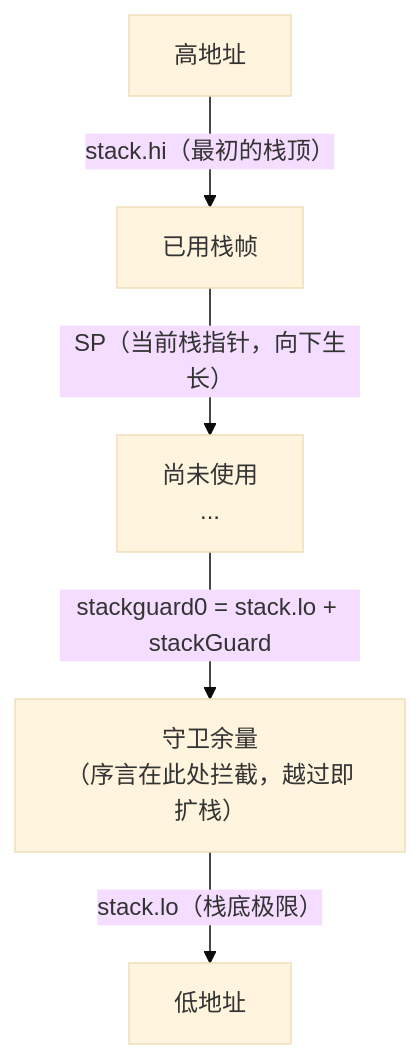
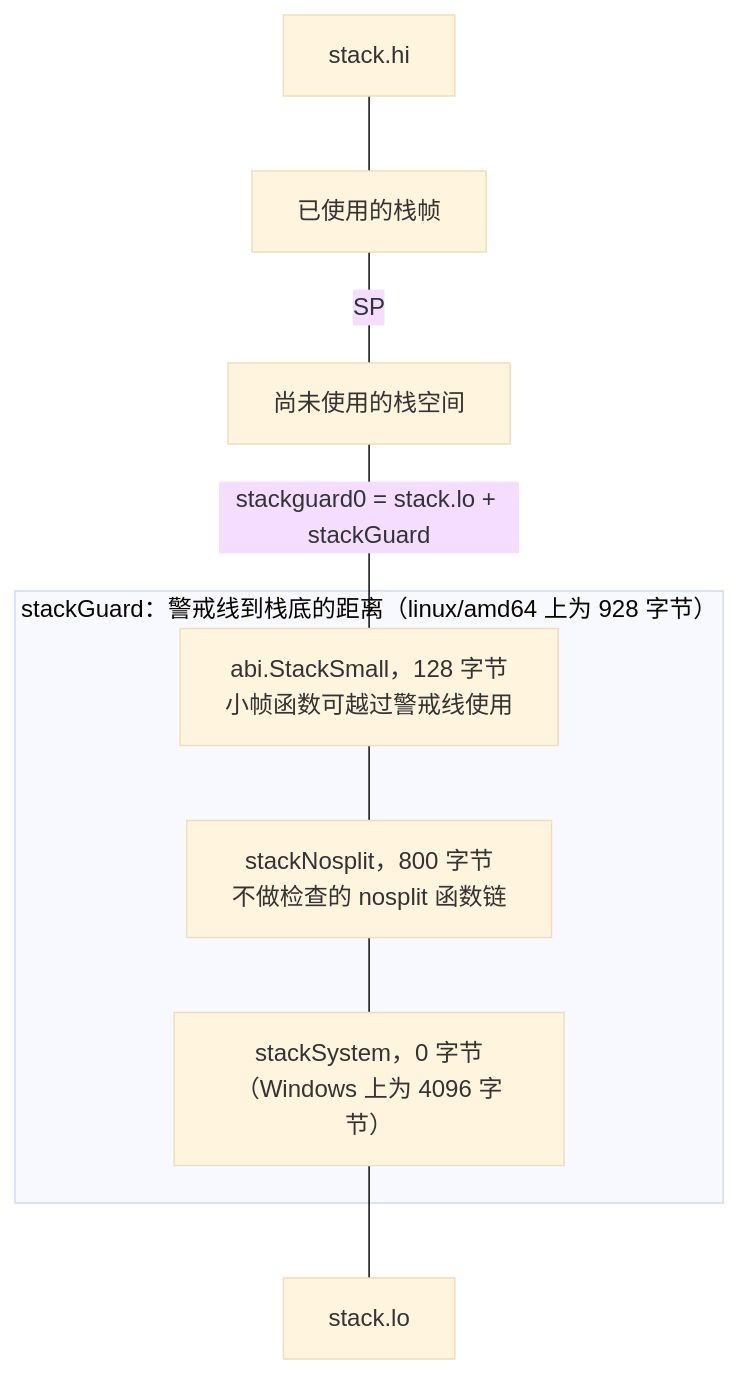
Before and after one commit to golang-design/under-the-hood: the diagram in book/zh-cn/part4memory/ch14stack/design.md, drawn with Mermaid (base theme). The commit also changed other lines of this file and 5 other files, not shown here.

````diff
--- a/book/zh-cn/part4memory/ch14stack/design.md
+++ b/book/zh-cn/part4memory/ch14stack/design.md
@@ -151,13 +137,16 @@
 ```mermaid
-flowchart TD
-    hi["高地址"]
-    used["已用栈帧"]
-    free["尚未使用<br/>..."]
-    margin["守卫余量<br/>（序言在此处拦截，越过即扩栈）"]
-    lo["低地址"]
-
-    hi -- "stack.hi（最初的栈顶）" --> used
-    used -- "SP（当前栈指针，向下生长）" --> free
-    free -- "stackguard0 = stack.lo + stackGuard" --> margin
-    margin -- "stack.lo（栈底极限）" --> lo
+flowchart TB
+    hi["stack.hi"]
+    used["已使用的栈帧"]
+    free["尚未使用的栈空间"]
+    subgraph guard["stackGuard：警戒线到栈底的距离（linux/amd64 上为 928 字节）"]
+        small["abi.StackSmall，128 字节<br/>小帧函数可越过警戒线使用"]
+        nosplit["stackNosplit，800 字节<br/>不做检查的 nosplit 函数链"]
+        sys["stackSystem，0 字节<br/>（Windows 上为 4096 字节）"]
+    end
+    lo["stack.lo"]
+    hi --- used
+    used -- "SP" --- free
+    free -- "stackguard0 = stack.lo + stackGuard" --- small
+    small --- nosplit --- sys --- lo
 ```
````
